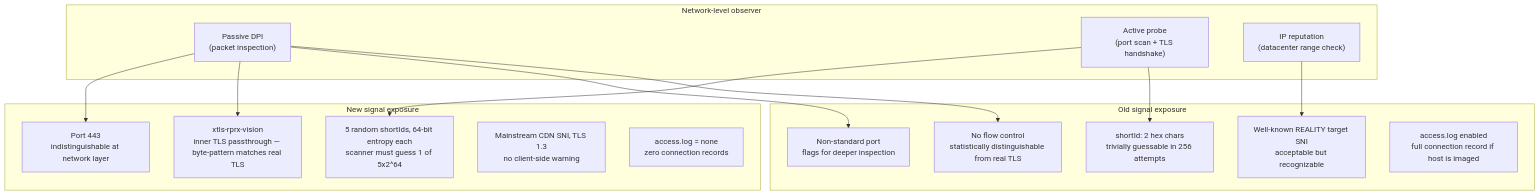
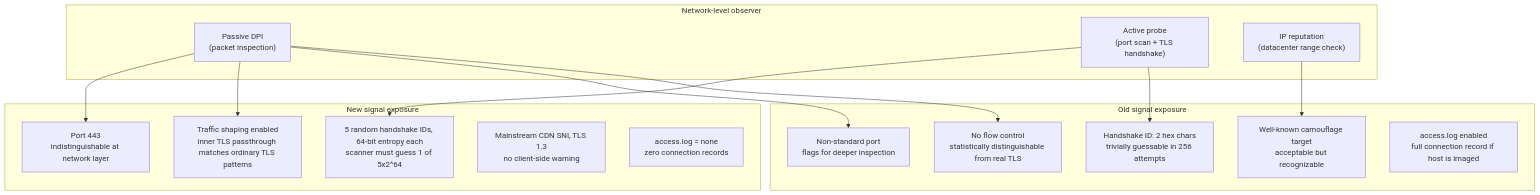
One commit to ethan0502/resilient-multiregion-proxy changed the second of 4 diagrams in docs/upgrade-log.md. Above: the diagram before and after it, drawn with Mermaid. The commit also changed other lines of this file and 6 other files, not shown here.

````diff
--- a/docs/upgrade-log.md
+++ b/docs/upgrade-log.md
@@ -29,32 +29,32 @@
 ```mermaid
 flowchart TD
     subgraph CENSOR["Network-level observer"]
         P1["Passive DPI\n(packet inspection)"]
         P2["Active probe\n(port scan + TLS handshake)"]
         P3["IP reputation\n(datacenter range check)"]
     end
 
     subgraph OLD["Old signal exposure"]
         O1["Non-standard port\nflags for deeper inspection"]
-        O2["shortId: 2 hex chars\ntrivially guessable in 256 attempts"]
+        O2["Handshake ID: 2 hex chars\ntrivially guessable in 256 attempts"]
         O3["No flow control\nstatistically distinguishable from real TLS"]
-        O4["Well-known REALITY target SNI\nacceptable but recognizable"]
+        O4["Well-known camouflage target\nacceptable but recognizable"]
         O5["access.log enabled\nfull connection record if host is imaged"]
     end
 
     subgraph NEW["New signal exposure"]
         N1["Port 443\nindistinguishable at network layer"]
-        N2["5 random shortIds, 64-bit entropy each\nscanner must guess 1 of 5x2^64"]
-        N3["xtls-rprx-vision\ninner TLS passthrough — byte-pattern matches real TLS"]
+        N2["5 random handshake IDs, 64-bit entropy each\nscanner must guess 1 of 5x2^64"]
+        N3["Traffic shaping enabled\ninner TLS passthrough matches ordinary TLS patterns"]
         N4["Mainstream CDN SNI, TLS 1.3\nno client-side warning"]
         N5["access.log = none\nzero connection records"]
     end
 
     P1 --> O3
     P2 --> O2
     P1 --> O1
     P3 --> O4
     P1 --> N3
     P2 --> N2
     P1 --> N1
 ```
````
